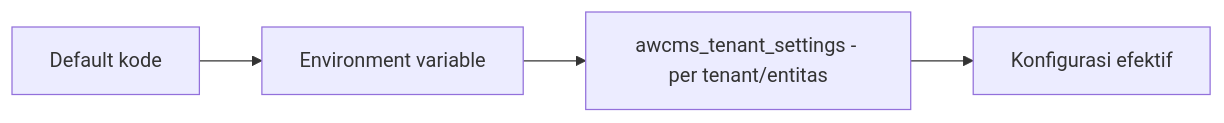
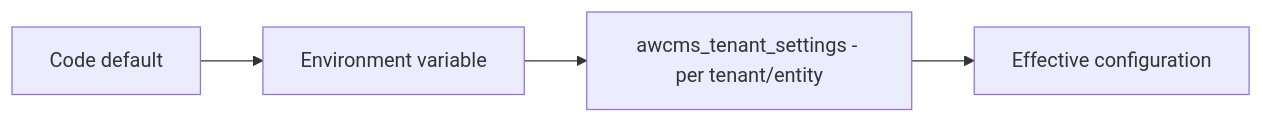
The first of 3 diagrams in docs/awcms/18_configuration_env_reference.md (ahliweb/awcms), drawn with Mermaid before and after one commit. The commit also changed other lines of this file and 603 other files, not shown here.

````diff
--- a/docs/awcms/18_configuration_env_reference.md
+++ b/docs/awcms/18_configuration_env_reference.md
@@ -61,4 +63,4 @@
 ```mermaid
 flowchart LR
-  Def[Default kode] --> Env[Environment variable] --> Set[awcms_tenant_settings - per tenant/entitas] --> Eff[Konfigurasi efektif]
+  Def[Code default] --> Env[Environment variable] --> Set[awcms_tenant_settings - per tenant/entity] --> Eff[Effective configuration]
 ```
````
